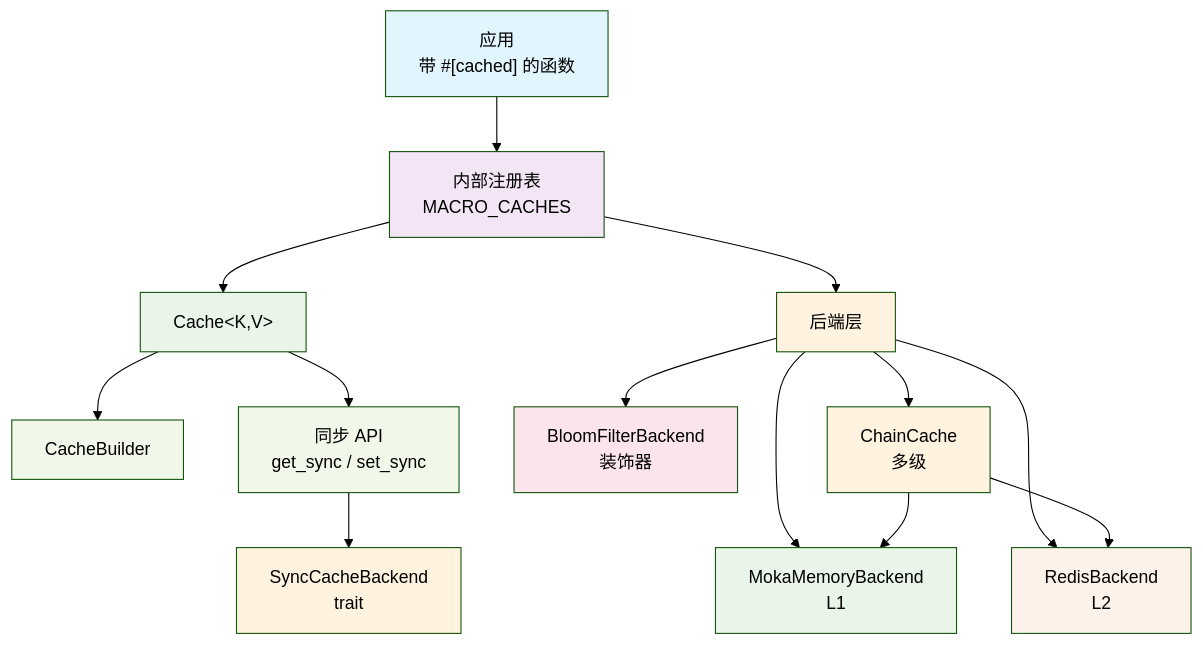
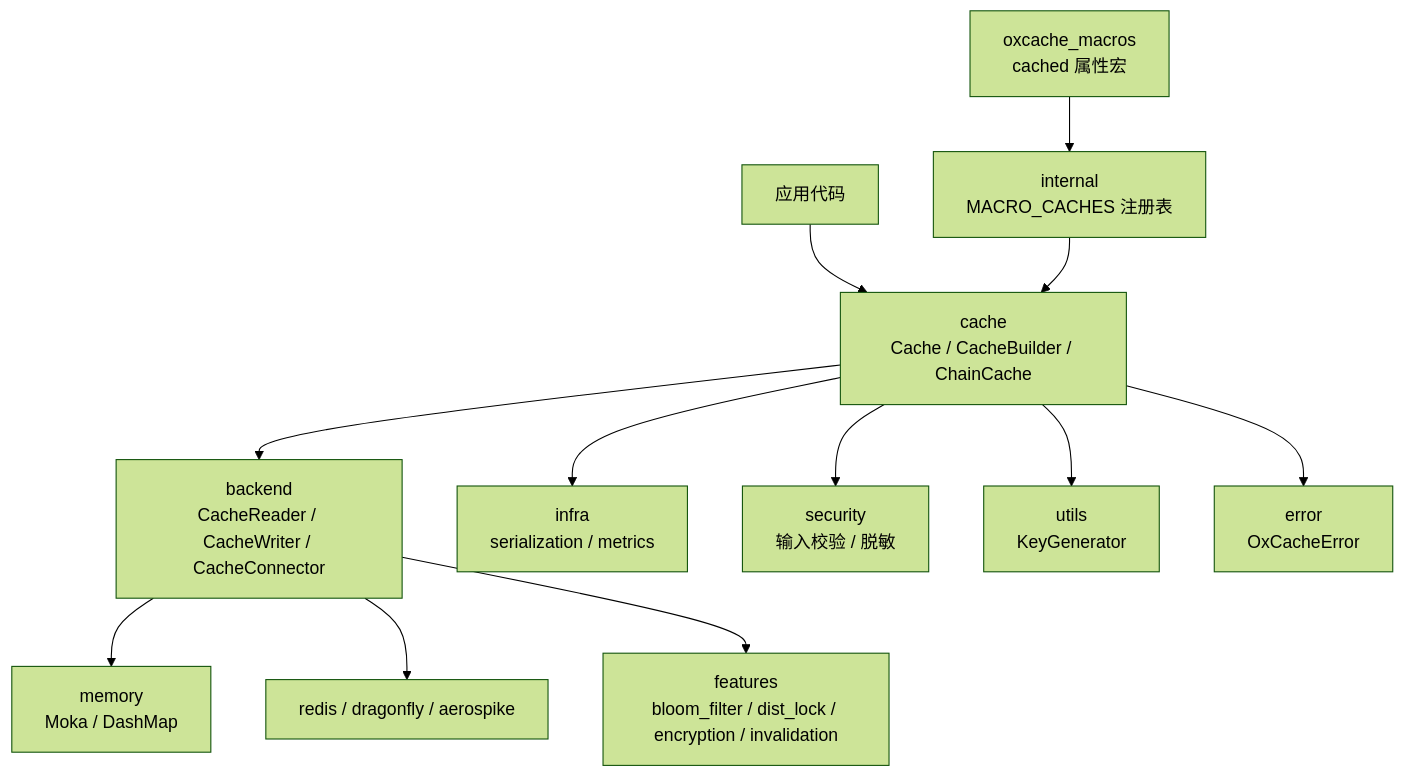
One commit to Kirky-X/oxcache changed the first of 6 diagrams in docs/ARCHITECTURE.md. Above: the diagram before and after it, drawn with Mermaid (forest theme). The commit also changed other lines of this file and 7 other files, not shown here.

Commit message:
docs(oxcache): docs 文档套件统一优化 — emoji 化 h2 与折叠目录、文档间交叉链接网络、架构/数据流 mermaid 图、结构化内容表格化、清除内部任务追踪引用；失真内容对照 src/ 源码修正，基准数字与安全承诺口径原样保留

````diff
--- a/docs/ARCHITECTURE.md
+++ b/docs/ARCHITECTURE.md
@@ -41,31 +63,14 @@
 ```mermaid
-graph TD
-    A["应用<br/>带 #[cached] 的函数"] --> B["内部注册表<br/>MACRO_CACHES"]
-
-    B --> C[Cache&lt;K,V&gt;]
-    B --> D["后端层"]
-
-    C --> E[CacheBuilder]
-    D --> F[MokaMemoryBackend<br/>L1]
-    D --> G[RedisBackend<br/>L2]
-    D --> H["ChainCache<br/>多级"]
-    D --> O["BloomFilterBackend<br/>装饰器"]
-
-    H --> F
-    H --> G
-
-    C --> P["同步 API<br/>get_sync / set_sync"]
-    P --> Q[SyncCacheBackend<br/>trait]
-
-    style A fill:#e1f5fe
-    style B fill:#f3e5f5
-    style C fill:#e8f5e8
-    style D fill:#fff3e0
-    style E fill:#f1f8e9
-    style F fill:#e8f5e8
-    style G fill:#fdf2e9
-    style H fill:#fff3e0
-    style O fill:#fce4ec
-    style P fill:#f1f8e9
-    style Q fill:#fff3e0
+flowchart TD
+    APP["应用代码"] --> CACHE
+    MACRO["oxcache_macros<br/>cached 属性宏"] --> REG["internal<br/>MACRO_CACHES 注册表"]
+    REG --> CACHE["cache<br/>Cache / CacheBuilder / ChainCache"]
+    CACHE --> BACKEND["backend<br/>CacheReader / CacheWriter / CacheConnector"]
+    CACHE --> INFRA["infra<br/>serialization / metrics"]
+    CACHE --> SEC["security<br/>输入校验 / 脱敏"]
+    CACHE --> UTILS["utils<br/>KeyGenerator"]
+    CACHE --> ERR["error<br/>OxCacheError"]
+    BACKEND --> MEM["memory<br/>Moka / DashMap"]
+    BACKEND --> DIST["redis / dragonfly / aerospike"]
+    BACKEND --> FEATS["features<br/>bloom_filter / dist_lock / encryption / invalidation"]
 ```
````
